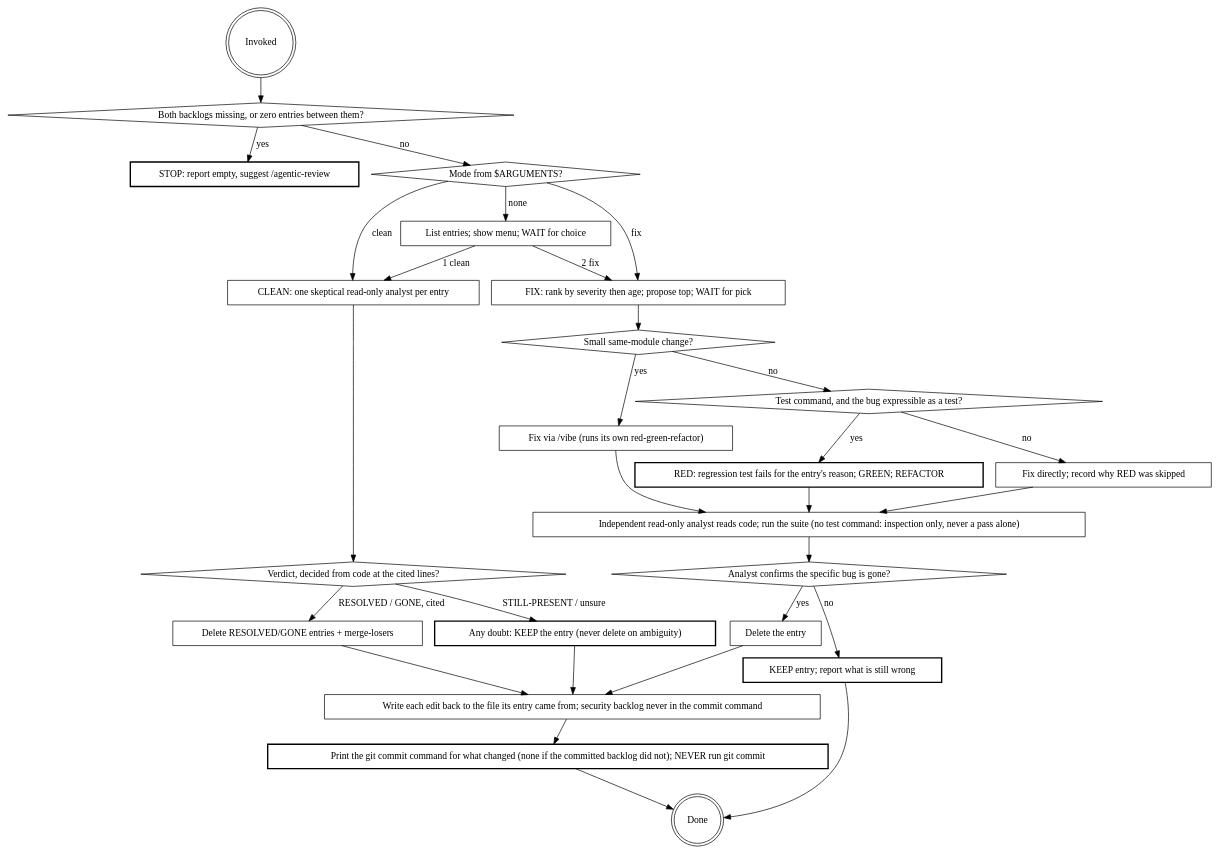
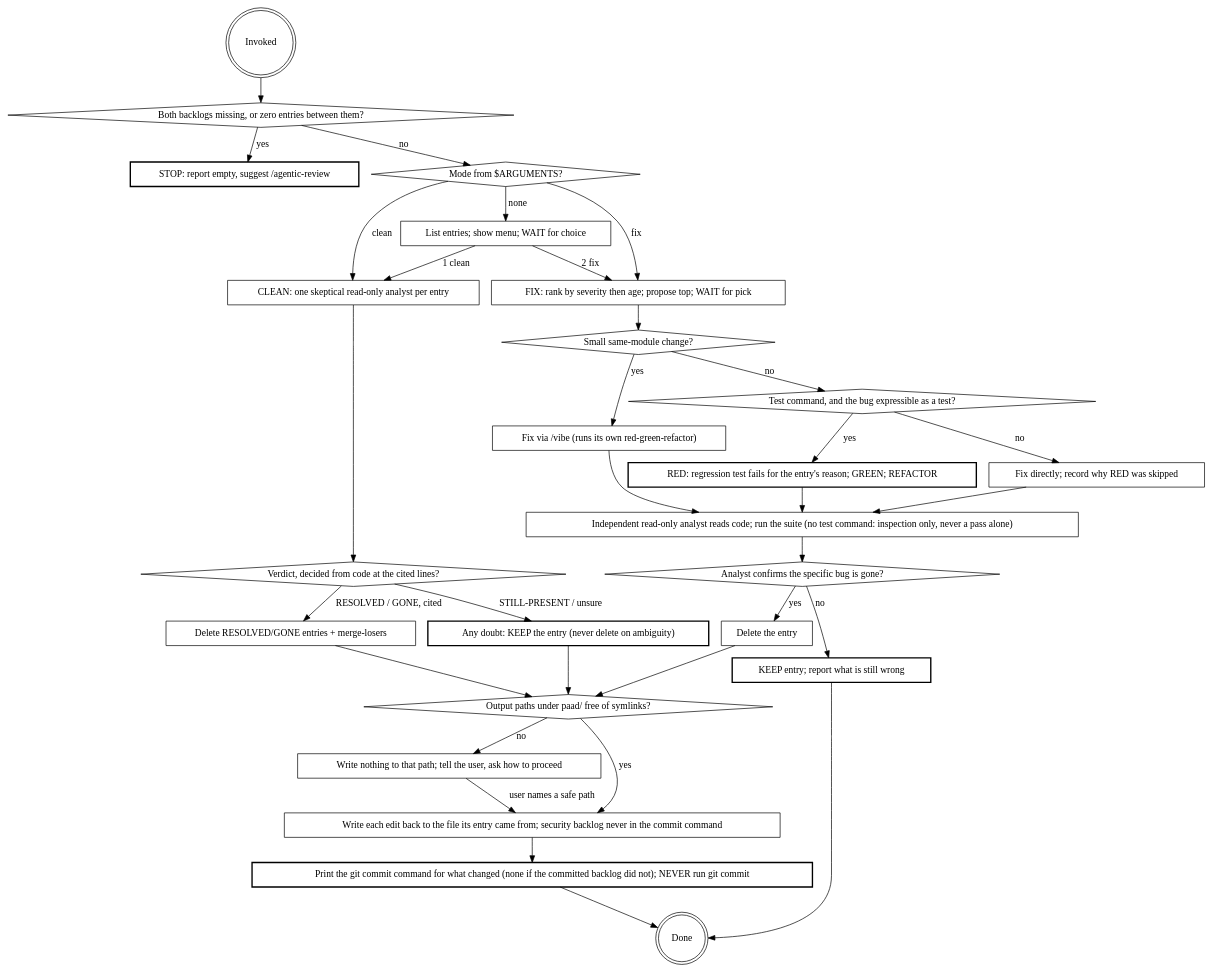
Before and after one commit to Ovid/paad: the diagram in preview/paad/skills/backlog/SKILL.md, drawn with Graphviz. The commit also changed other lines of this file and 12 other files, not shown here.

````diff
--- a/preview/paad/skills/backlog/SKILL.md
+++ b/preview/paad/skills/backlog/SKILL.md
@@ -25,60 +27,65 @@
 ```dot
 digraph backlog {
   "Invoked" [shape=doublecircle];
   "Both backlogs missing, or zero entries between them?" [shape=diamond];
   "STOP: report empty, suggest /agentic-review" [shape=box, style=bold];
   "Mode from $ARGUMENTS?" [shape=diamond];
   "List entries; show menu; WAIT for choice" [shape=box];
 
   "CLEAN: one skeptical read-only analyst per entry" [shape=box];
   "Verdict, decided from code at the cited lines?" [shape=diamond];
   "Any doubt: KEEP the entry (never delete on ambiguity)" [shape=box, style=bold];
   "Delete RESOLVED/GONE entries + merge-losers" [shape=box];
 
   "FIX: rank by severity then age; propose top; WAIT for pick" [shape=box];
   "Small same-module change?" [shape=diamond];
   "Fix via /vibe (runs its own red-green-refactor)" [shape=box];
   "Test command, and the bug expressible as a test?" [shape=diamond];
   "RED: regression test fails for the entry's reason; GREEN; REFACTOR" [shape=box, style=bold];
   "Fix directly; record why RED was skipped" [shape=box];
   "Independent read-only analyst reads code; run the suite (no test command: inspection only, never a pass alone)" [shape=box];
   "Analyst confirms the specific bug is gone?" [shape=diamond];
   "KEEP entry; report what is still wrong" [shape=box, style=bold];
   "Delete the entry" [shape=box];
 
+  "Output paths under paad/ free of symlinks?" [shape=diamond];
+  "Write nothing to that path; tell the user, ask how to proceed" [shape=box];
   "Write each edit back to the file its entry came from; security backlog never in the commit command" [shape=box];
   "Print the git commit command for what changed (none if the committed backlog did not); NEVER run git commit" [shape=box, style=bold];
   "Done" [shape=doublecircle];
 
   "Invoked" -> "Both backlogs missing, or zero entries between them?";
   "Both backlogs missing, or zero entries between them?" -> "STOP: report empty, suggest /agentic-review" [label="yes"];
   "Both backlogs missing, or zero entries between them?" -> "Mode from $ARGUMENTS?" [label="no"];
   "Mode from $ARGUMENTS?" -> "List entries; show menu; WAIT for choice" [label="none"];
   "Mode from $ARGUMENTS?" -> "CLEAN: one skeptical read-only analyst per entry" [label="clean"];
   "Mode from $ARGUMENTS?" -> "FIX: rank by severity then age; propose top; WAIT for pick" [label="fix"];
   "List entries; show menu; WAIT for choice" -> "CLEAN: one skeptical read-only analyst per entry" [label="1 clean"];
   "List entries; show menu; WAIT for choice" -> "FIX: rank by severity then age; propose top; WAIT for pick" [label="2 fix"];
 
   "CLEAN: one skeptical read-only analyst per entry" -> "Verdict, decided from code at the cited lines?";
   "Verdict, decided from code at the cited lines?" -> "Any doubt: KEEP the entry (never delete on ambiguity)" [label="STILL-PRESENT / unsure"];
   "Verdict, decided from code at the cited lines?" -> "Delete RESOLVED/GONE entries + merge-losers" [label="RESOLVED / GONE, cited"];
-  "Any doubt: KEEP the entry (never delete on ambiguity)" -> "Write each edit back to the file its entry came from; security backlog never in the commit command";
-  "Delete RESOLVED/GONE entries + merge-losers" -> "Write each edit back to the file its entry came from; security backlog never in the commit command";
+  "Any doubt: KEEP the entry (never delete on ambiguity)" -> "Output paths under paad/ free of symlinks?";
+  "Delete RESOLVED/GONE entries + merge-losers" -> "Output paths under paad/ free of symlinks?";
 
   "FIX: rank by severity then age; propose top; WAIT for pick" -> "Small same-module change?";
   "Small same-module change?" -> "Fix via /vibe (runs its own red-green-refactor)" [label="yes"];
   "Small same-module change?" -> "Test command, and the bug expressible as a test?" [label="no"];
   "Test command, and the bug expressible as a test?" -> "RED: regression test fails for the entry's reason; GREEN; REFACTOR" [label="yes"];
   "Test command, and the bug expressible as a test?" -> "Fix directly; record why RED was skipped" [label="no"];
   "Fix via /vibe (runs its own red-green-refactor)" -> "Independent read-only analyst reads code; run the suite (no test command: inspection only, never a pass alone)";
   "RED: regression test fails for the entry's reason; GREEN; REFACTOR" -> "Independent read-only analyst reads code; run the suite (no test command: inspection only, never a pass alone)";
   "Fix directly; record why RED was skipped" -> "Independent read-only analyst reads code; run the suite (no test command: inspection only, never a pass alone)";
   "Independent read-only analyst reads code; run the suite (no test command: inspection only, never a pass alone)" -> "Analyst confirms the specific bug is gone?";
   "Analyst confirms the specific bug is gone?" -> "Delete the entry" [label="yes"];
   "Analyst confirms the specific bug is gone?" -> "KEEP entry; report what is still wrong" [label="no"];
-  "Delete the entry" -> "Write each edit back to the file its entry came from; security backlog never in the commit command";
+  "Delete the entry" -> "Output paths under paad/ free of symlinks?";
   "KEEP entry; report what is still wrong" -> "Done";
   "Write each edit back to the file its entry came from; security backlog never in the commit command" -> "Print the git commit command for what changed (none if the committed backlog did not); NEVER run git commit";
   "Print the git commit command for what changed (none if the committed backlog did not); NEVER run git commit" -> "Done";
+  "Output paths under paad/ free of symlinks?" -> "Write each edit back to the file its entry came from; security backlog never in the commit command" [label="yes"];
+  "Output paths under paad/ free of symlinks?" -> "Write nothing to that path; tell the user, ask how to proceed" [label="no"];
+  "Write nothing to that path; tell the user, ask how to proceed" -> "Write each edit back to the file its entry came from; security backlog never in the commit command" [label="user names a safe path"];
 }
 ```
````
